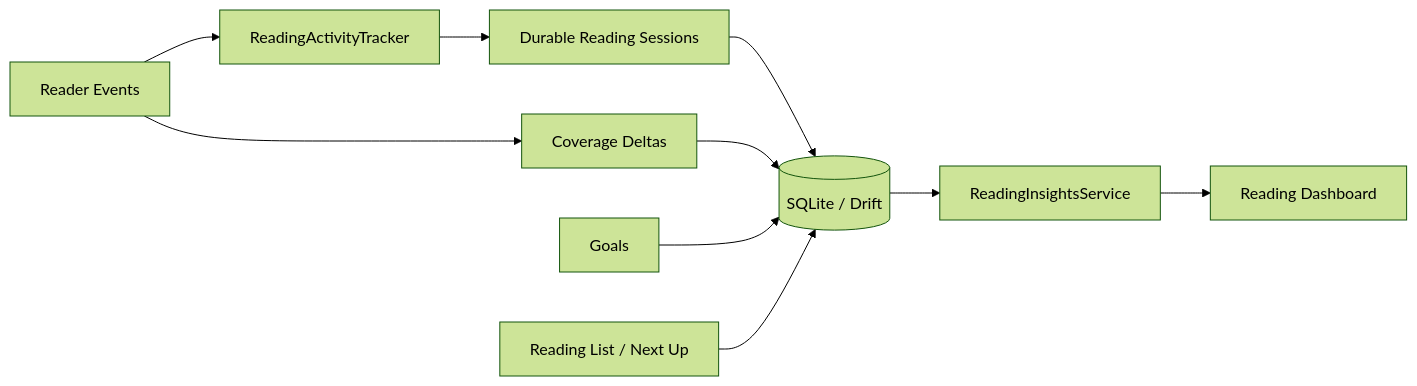
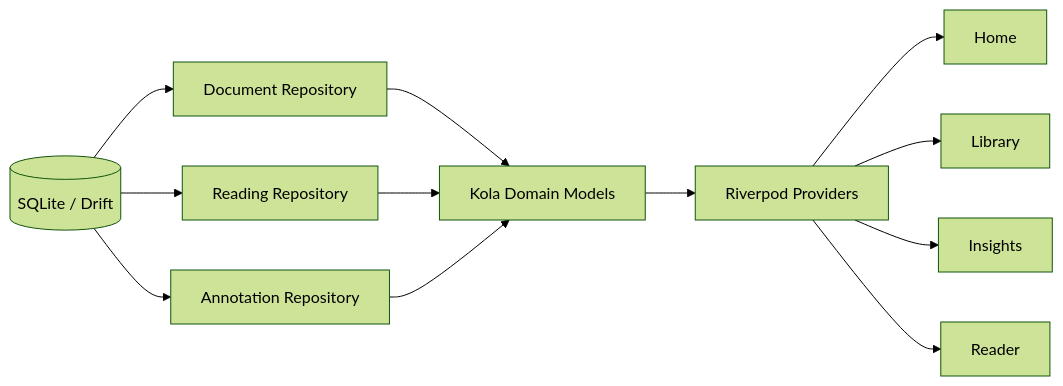
Before and after one commit to aaditya140103/kola: the seventh of 11 diagrams in docs/PROJECT_GRAPH.md, drawn with Mermaid (forest theme). The commit also changed other lines of this file, not shown here.

Commit message:
docs: update compact architecture graph for pdf reader

````diff
--- a/docs/PROJECT_GRAPH.md
+++ b/docs/PROJECT_GRAPH.md
@@ -225,18 +172,22 @@
 ```mermaid
 flowchart LR
-    Reader[Reader Events]
-    Tracker[ReadingActivityTracker]
-    Sessions[Durable Reading Sessions]
-    Coverage[Coverage Deltas]
-    Insights[ReadingInsightsService]
-    Goals[Goals]
-    List[Reading List / Next Up]
-    Dashboard[Reading Dashboard]
     DB[(SQLite / Drift)]
+    DocRepo[Document Repository]
+    ReadRepo[Reading Repository]
+    AnnRepo[Annotation Repository]
+    Models[Kola Domain Models]
+    Providers[Riverpod Providers]
+    Home[Home]
+    Library[Library]
+    Insights[Insights]
+    Reader[Reader]
 
-    Reader --> Tracker --> Sessions --> DB
-    Reader --> Coverage --> DB
-    Goals --> DB
-    List --> DB
-    DB --> Insights --> Dashboard
+    DB --> DocRepo --> Models
+    DB --> ReadRepo --> Models
+    DB --> AnnRepo --> Models
+    Models --> Providers
+    Providers --> Home
+    Providers --> Library
+    Providers --> Insights
+    Providers --> Reader
 ```
````
